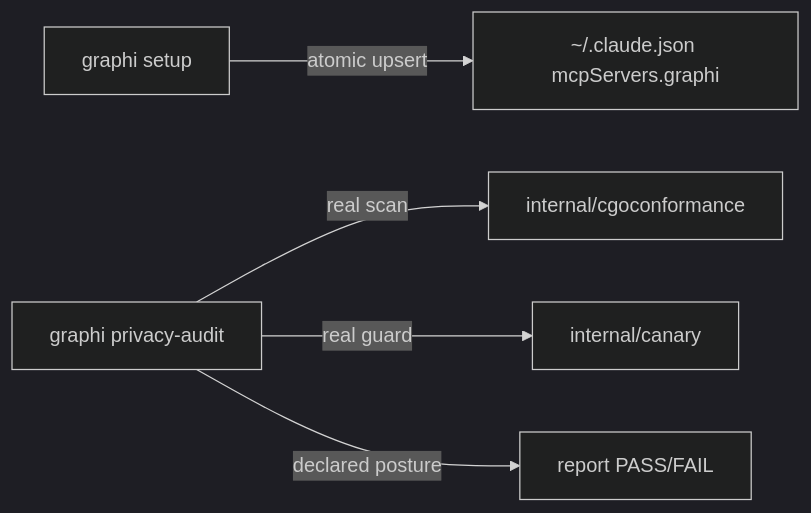
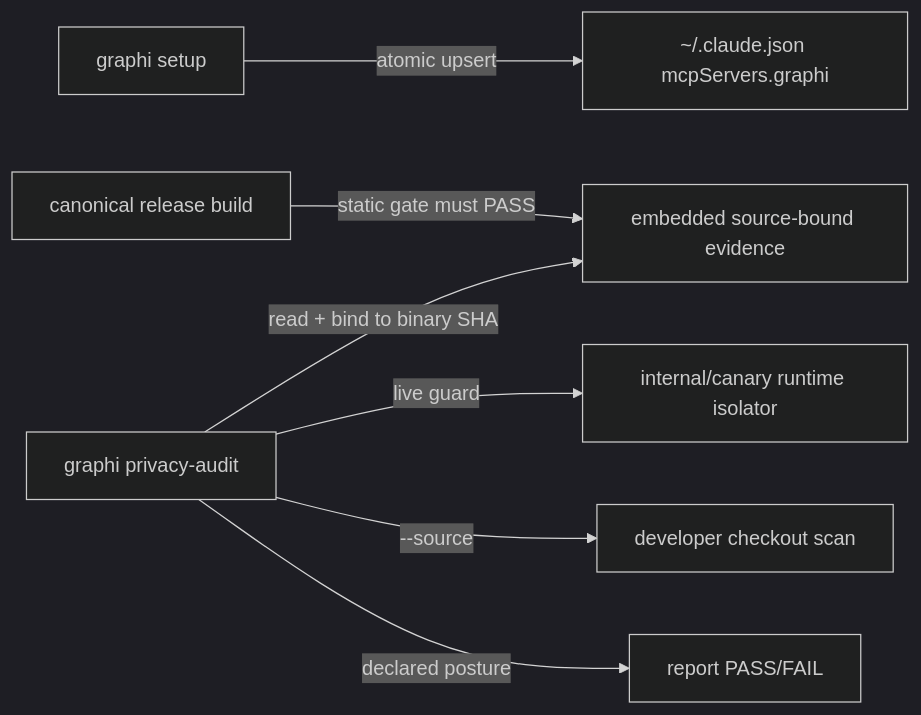
The diagram in docs/setup-privacy.md (samibel/graphi), drawn with Mermaid (dark theme) before and after one commit. The commit also changed other lines of this file and 20 other files, not shown here.

Commit message:
feat: embed build-time privacy attestation

````diff
--- a/docs/setup-privacy.md
+++ b/docs/setup-privacy.md
@@ -54,7 +92,9 @@
 ```mermaid
 flowchart LR
     A[graphi setup] -->|atomic upsert| C[~/.claude.json mcpServers.graphi]
-    P[graphi privacy-audit] -->|real scan| G[internal/cgoconformance]
-    P -->|real guard| N[internal/canary]
+    B[canonical release build] -->|static gate must PASS| G[embedded source-bound evidence]
+    P[graphi privacy-audit] -->|read + bind to binary SHA| G
+    P -->|live guard| N[internal/canary runtime isolator]
+    P -->|--source| S[developer checkout scan]
     P -->|declared posture| O[report PASS/FAIL]
 ```
````
